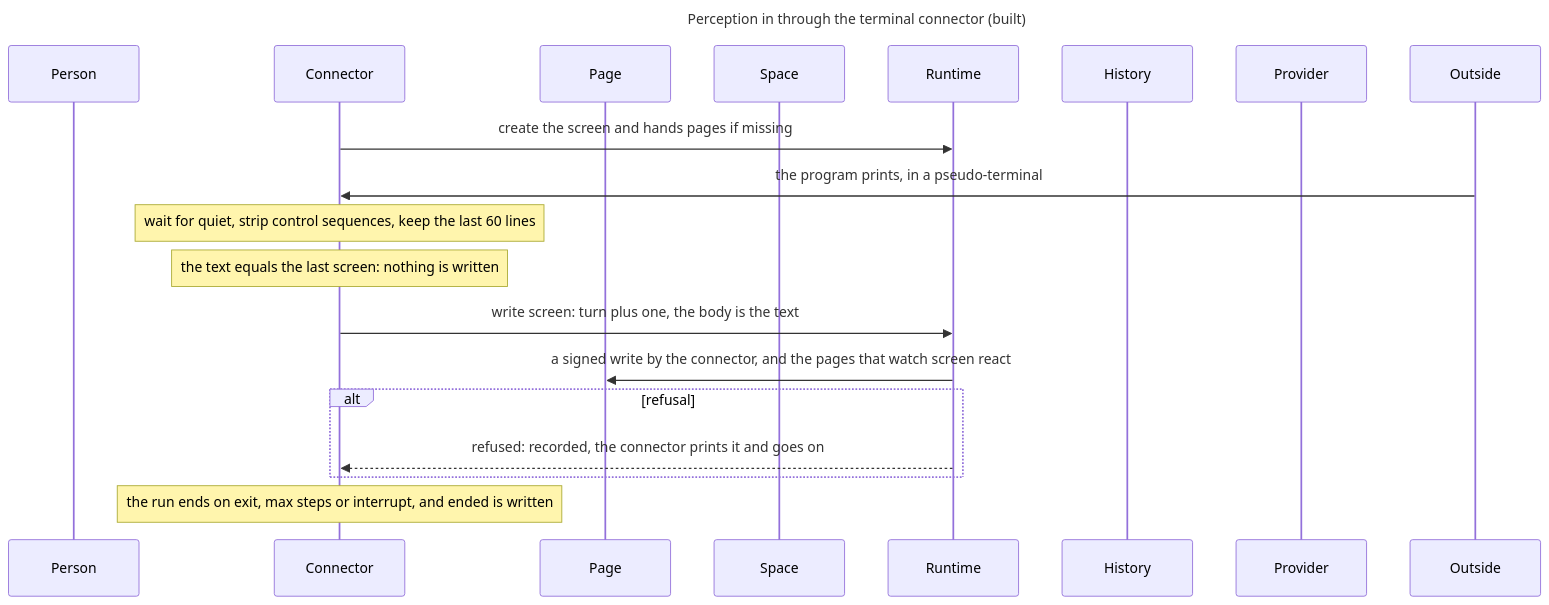
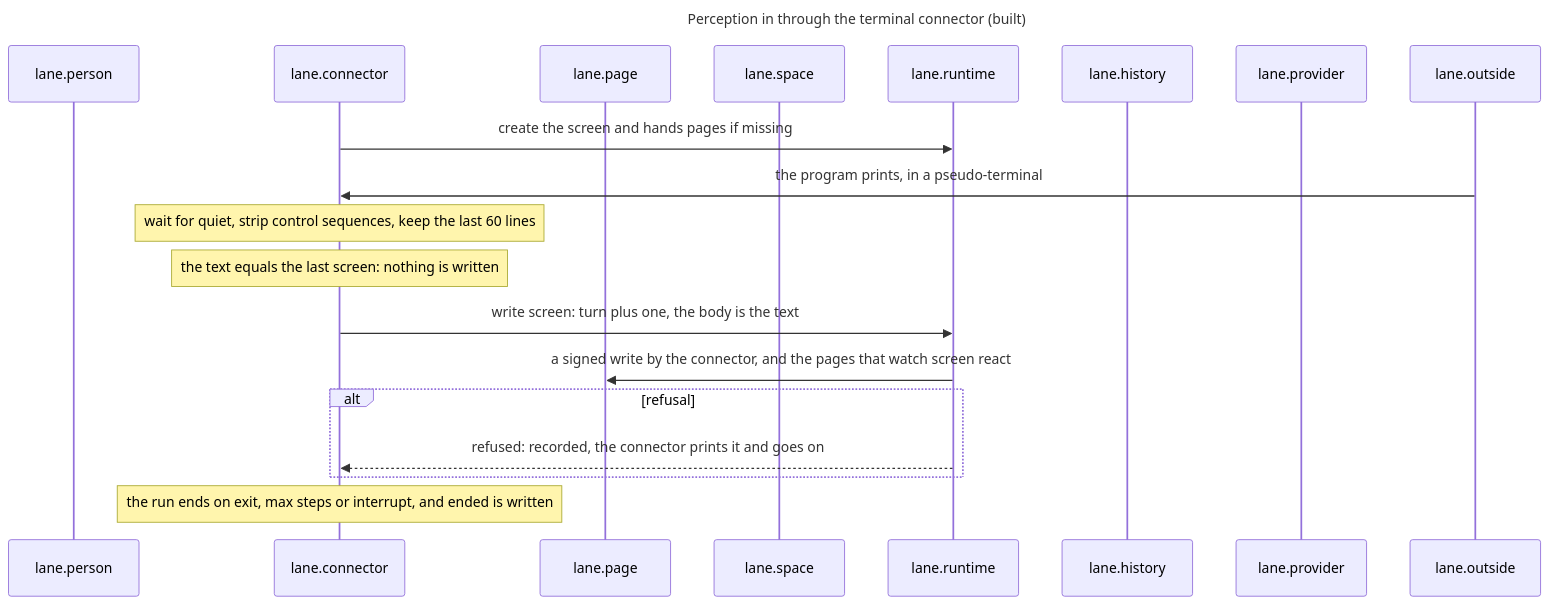
Before and after one commit to drksci/conky: the eighth of 29 diagrams in docs/reference/architecture.md, drawn with Mermaid. The commit also changed other lines of this file and 84 other files, not shown here.

First line of the commit message:
refactor: give every part of the architecture a dotted name

````diff
--- a/docs/reference/architecture.md
+++ b/docs/reference/architecture.md
@@ -469,24 +485,24 @@
 ```mermaid
 ---
 title: Perception in through the terminal connector (built)
 ---
 sequenceDiagram
-    participant Person
-    participant Connector
-    participant Page
-    participant Space
-    participant Runtime
-    participant History
-    participant Provider
-    participant Outside
-    Connector->>Runtime: create the screen and hands pages if missing
-    Outside->>Connector: the program prints, in a pseudo-terminal
-    Note over Connector: wait for quiet, strip control sequences, keep the last 60 lines
-    Note over Connector: the text equals the last screen: nothing is written
-    Connector->>Runtime: write screen: turn plus one, the body is the text
-    Runtime->>Page: a signed write by the connector, and the pages that watch screen react
+    participant lane.person
+    participant lane.connector
+    participant lane.page
+    participant lane.space
+    participant lane.runtime
+    participant lane.history
+    participant lane.provider
+    participant lane.outside
+    lane.connector->>lane.runtime: create the screen and hands pages if missing
+    lane.outside->>lane.connector: the program prints, in a pseudo-terminal
+    Note over lane.connector: wait for quiet, strip control sequences, keep the last 60 lines
+    Note over lane.connector: the text equals the last screen: nothing is written
+    lane.connector->>lane.runtime: write screen: turn plus one, the body is the text
+    lane.runtime->>lane.page: a signed write by the connector, and the pages that watch screen react
     alt refusal
-        Runtime-->>Connector: refused: recorded, the connector prints it and goes on
+        lane.runtime-->>lane.connector: refused: recorded, the connector prints it and goes on
     end
-    Note over Connector: the run ends on exit, max steps or interrupt, and ended is written
+    Note over lane.connector: the run ends on exit, max steps or interrupt, and ended is written
 ```
````
